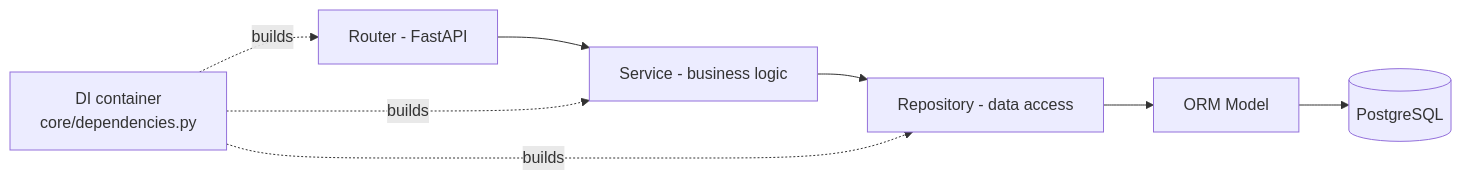
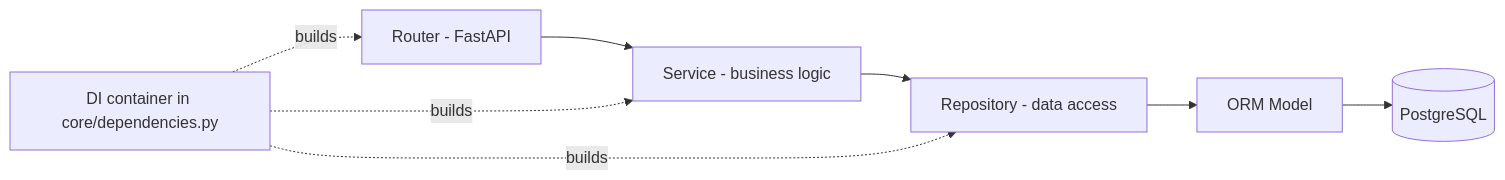
The third of 3 diagrams in docs/diagrams/system-architecture.md (nikhil-87/CodeSensei), drawn with Mermaid before and after one commit. The commit also changed other lines of this file and 25 other files, not shown here.

Commit message:
docs: initialize comprehensive technical documentation, architecture diagrams, and verification guides in vault and docs directories

````diff
--- a/docs/diagrams/system-architecture.md
+++ b/docs/diagrams/system-architecture.md
@@ -60,10 +60,10 @@
 ```mermaid
 flowchart LR
   R[Router - FastAPI] --> S[Service - business logic]
   S --> Repo[Repository - data access]
   Repo --> M[ORM Model]
   M --> PG[(PostgreSQL)]
-  DI[DI container<br/>core/dependencies.py] -.builds.-> R
+  DI[DI container in core/dependencies.py] -.builds.-> R
   DI -.builds.-> S
   DI -.builds.-> Repo
 ```
````
